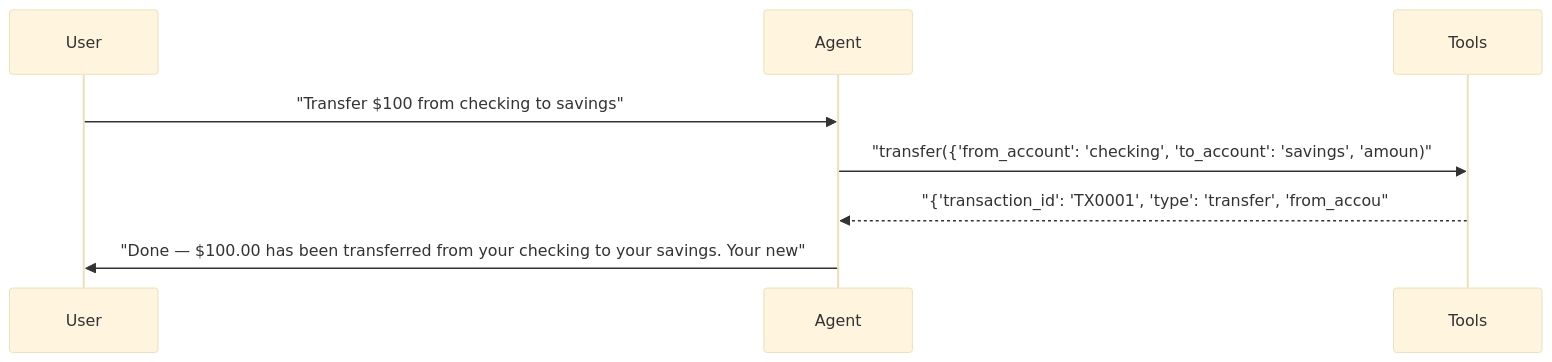
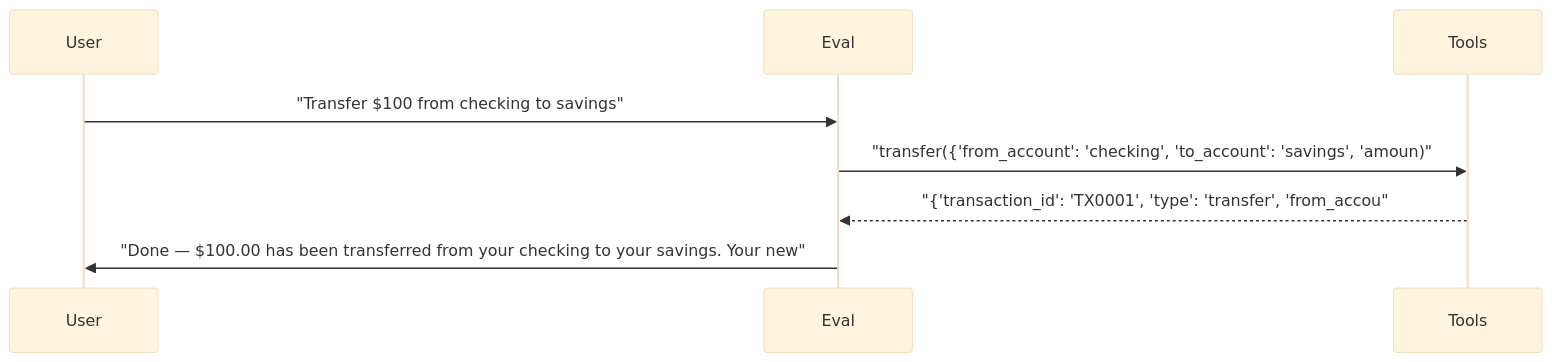
One commit to sbroenne/pytest-skill-engineering changed the third of 6 diagrams in docs/reports/03_multi_agent_sessions.md. Above: the diagram before and after it, drawn with Mermaid (base theme). The commit also changed other lines of this file and 155 other files, not shown here.

````diff
--- a/docs/reports/03_multi_agent_sessions.md
+++ b/docs/reports/03_multi_agent_sessions.md
@@ -229,11 +229,11 @@
 ```mermaid
 sequenceDiagram
     participant User
-    participant Agent
+    participant Eval
     participant Tools
 
-    User->>Agent: "Transfer $100 from checking to savings"
-    Agent->>Tools: "transfer({'from_account': 'checking', 'to_account': 'savings', 'amoun)"
-    Tools-->>Agent: "{'transaction_id': 'TX0001', 'type': 'transfer', 'from_accou"
-    Agent->>User: "Done — $100.00 has been transferred from your checking to your savings. Your new"
+    User->>Eval: "Transfer $100 from checking to savings"
+    Eval->>Tools: "transfer({'from_account': 'checking', 'to_account': 'savings', 'amoun)"
+    Tools-->>Eval: "{'transaction_id': 'TX0001', 'type': 'transfer', 'from_accou"
+    Eval->>User: "Done — $100.00 has been transferred from your checking to your savings. Your new"
 ```
````
